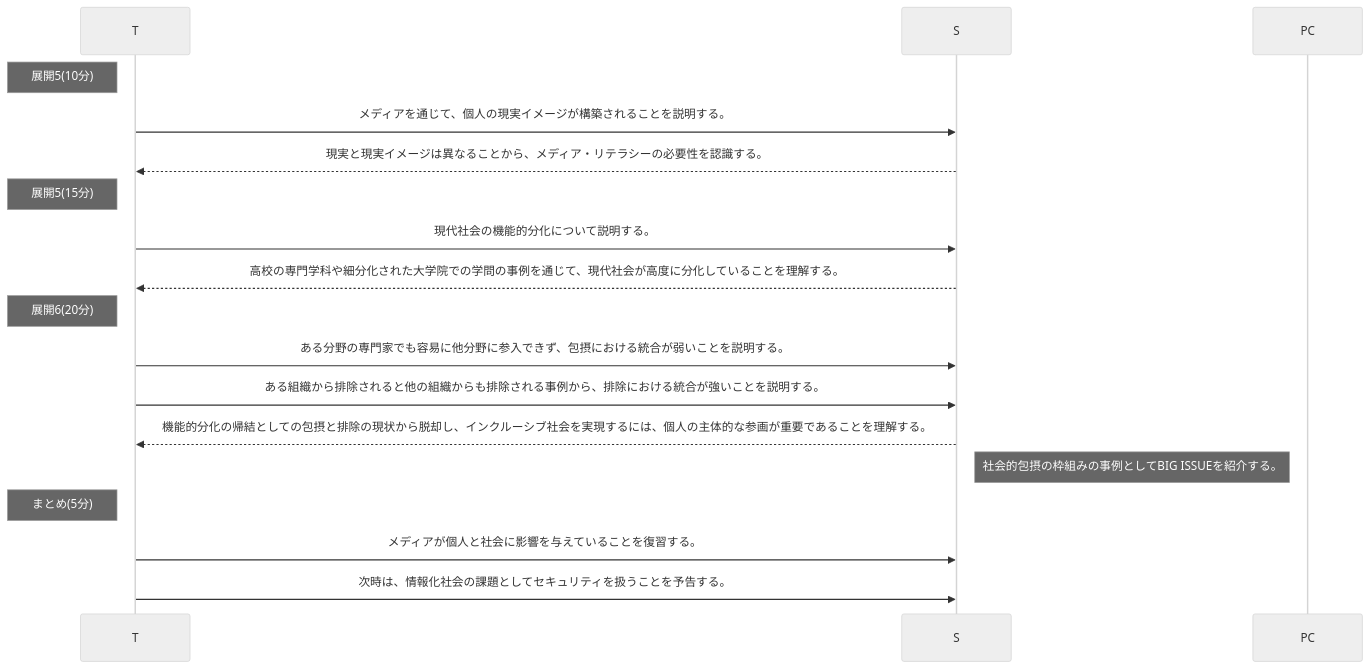
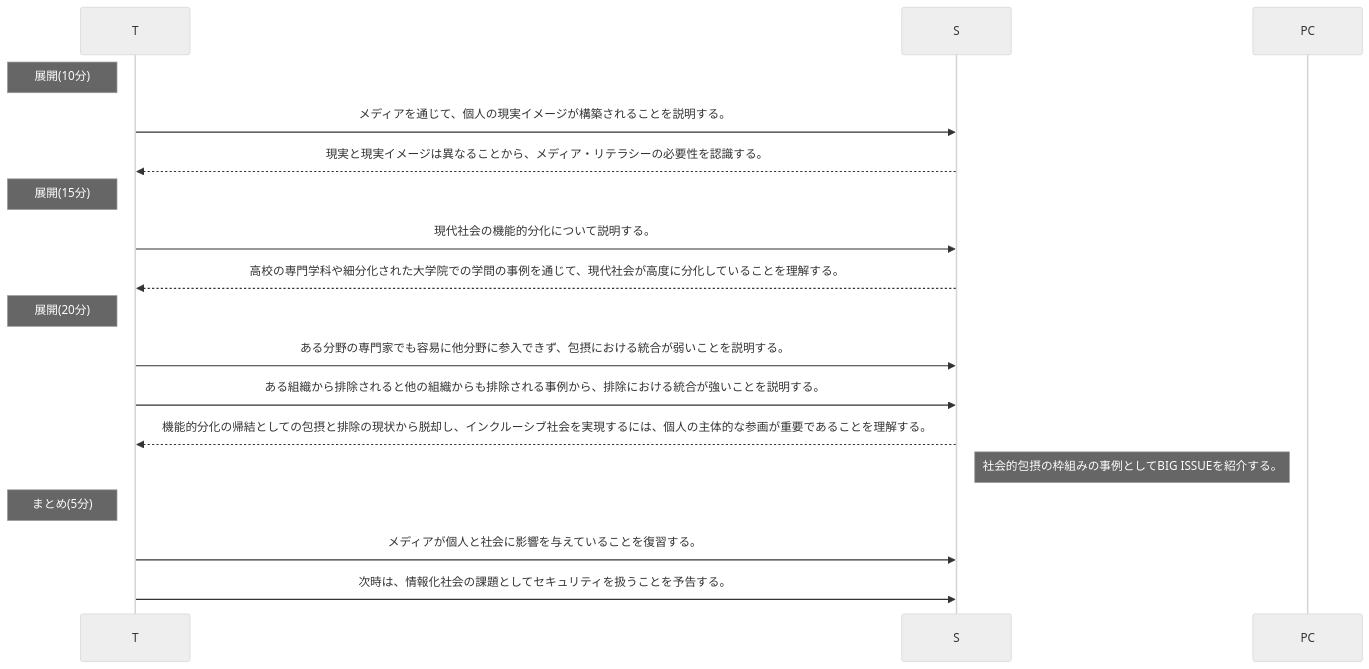
The second of 2 diagrams in communication/media.md (saireya/plan-informatics), drawn with Mermaid (neutral theme) before and after one commit. The commit also changed other lines of this file, not shown here.

````diff
--- a/communication/media.md
+++ b/communication/media.md
@@ -64,24 +64,24 @@
 ```mermaid
 sequenceDiagram
 	participant T
 	participant S
 	participant PC
 
-Note left of T: 展開5(10分)
+Note left of T: 展開(10分)
 	T->>S: メディアを通じて、個人の現実イメージが構築されることを説明する。
 	S-->>T: 現実と現実イメージは異なることから、メディア・リテラシーの必要性を認識する。
 
-Note left of T: 展開5(15分)
+Note left of T: 展開(15分)
 	T->>S: 現代社会の機能的分化について説明する。
 	S-->>T: 高校の専門学科や細分化された大学院での学問の事例を通じて、現代社会が高度に分化していることを理解する。
 
-Note left of T: 展開6(20分)
+Note left of T: 展開(20分)
 	T->>S: ある分野の専門家でも容易に他分野に参入できず、包摂における統合が弱いことを説明する。
 	T->>S: ある組織から排除されると他の組織からも排除される事例から、排除における統合が強いことを説明する。
 	S-->>T: 機能的分化の帰結としての包摂と排除の現状から脱却し、インクルーシブ社会を実現するには、個人の主体的な参画が重要であることを理解する。
 	Note right of S: 社会的包摂の枠組みの事例としてBIG ISSUEを紹介する。
 
 Note left of T: まとめ(5分)
 	T->>S: メディアが個人と社会に影響を与えていることを復習する。
 	T->>S: 次時は、情報化社会の課題としてセキュリティを扱うことを予告する。
 ```
````
